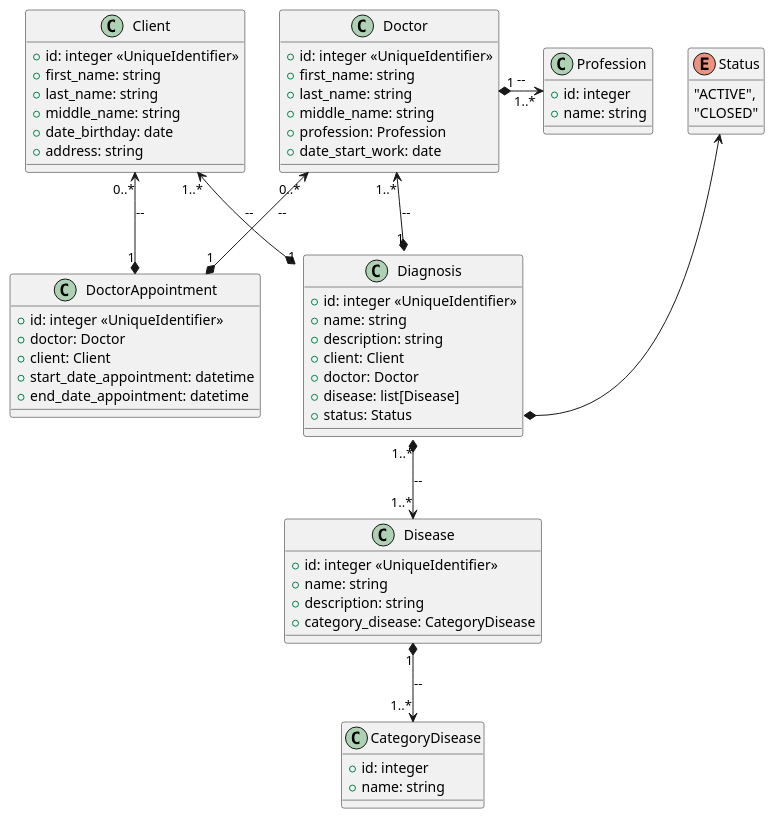
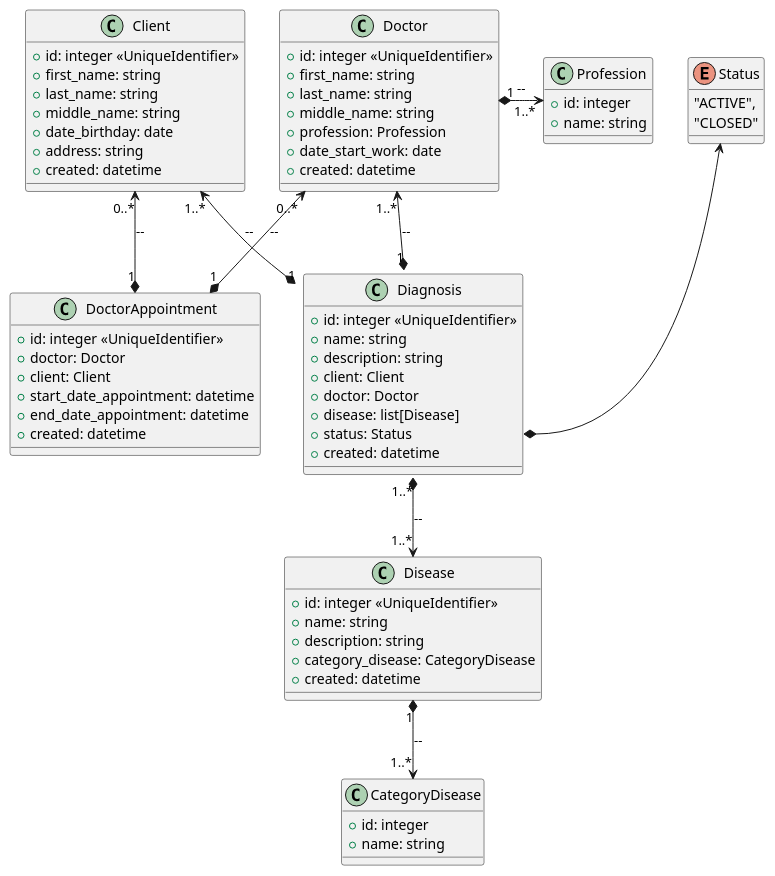
Before and after one commit to Nikolaj9596/Pharmacy: the diagram in diagrams/class-diagrams.puml, drawn with PlantUML. The commit also changed 7 other files, not shown here.

```diff
--- a/diagrams/class-diagrams.puml
+++ b/diagrams/class-diagrams.puml
@@ -1,86 +1,91 @@
 @startuml
 ' В поликлинике ведется учет посещений больными врачей.
 ' Данные о каждом враче содержат Ф.И.О., специальность и стаж работы. 
 ' Каждый врач может принимать множество пациентов, и каждый пациент может посещать нескольких врачей (в том числе в один и тот же день). 
 ' В карточке пациента указываются его Ф.И.О., дата рождения и адрес места жительства. 
 ' В результате визита врач ставит пациенту диагноз. 		          .
 '     Для удобства анализа заболеваемости диагнозы стандартизованы и подлежат единому учету. .
 ' В целях анализа результатов работы поликлиники необходимо иметь возможность автоматически генерировать следующие документы: 		          .
 ' • перечень специалистов (список врачей по специальностям);		          .
 ' • количества визитов к врачам; 		          .
 ' • количества случаев заболевания по каждому диагнозу. 	             .
 ' Кроме того, необходимо иметь возможность просматривать для каждого из врачей список больных, которые посетили его за заданный период времени..	             .
 ' - В БД предусмотреть хранение изображений (минимум в одном поле) в соответствии с тематикой курсовой работы..
 '  - В БД должны быть реализованы хранимые процедуры и/или триггеры.    
 '   - в БД должно быть занесено суммарно не менее 50 записей   
 '
 enum Status{
   "ACTIVE",
   "CLOSED"
 }
 
 class CategoryDisease{
   + id: integer
   + name: string
 }
 
 class Profession{
   + id: integer
   + name: string
 }
 
 class Disease{
   + id: integer <<UniqueIdentifier>>
   + name: string
   + description: string
   + category_disease: CategoryDisease
+  + created: datetime
 }
 
 class Client{
   + id: integer <<UniqueIdentifier>>
   + first_name: string
   + last_name: string
   + middle_name: string
   + date_birthday: date 
   + address: string
+  + created: datetime
 }
 
 class Doctor {
   + id: integer <<UniqueIdentifier>>
   + first_name: string
   + last_name: string
   + middle_name: string
   + profession: Profession
   + date_start_work: date 
+  + created: datetime
 }
 
 class Diagnosis {
   + id: integer <<UniqueIdentifier>>
   + name: string
   + description: string
   + client: Client
   + doctor: Doctor
   + disease: list[Disease]
   + status: Status
+  + created: datetime
 }
 
 class DoctorAppointment{
   + id: integer <<UniqueIdentifier>>
   + doctor: Doctor
   + client: Client
   + start_date_appointment: datetime
   + end_date_appointment: datetime
+  + created: datetime
 }
 
 
 DoctorAppointment *-up-> Doctor: "1" -- "0..*"
 DoctorAppointment *-up-> Client: "1" -- "0..*"
 
 Disease *-down-> CategoryDisease: "1" -- "1..*"
 Diagnosis *-down-> Disease: "1..*" -- "1..*"
 Diagnosis *-up-> Client: "1" -- "1..*"
 Diagnosis *-up-> Doctor: "1" -- "1..*"
 Diagnosis::status *-up-> Status
 Doctor *-right-> Profession: "1" -- "1..*"
 
 @enduml
```
